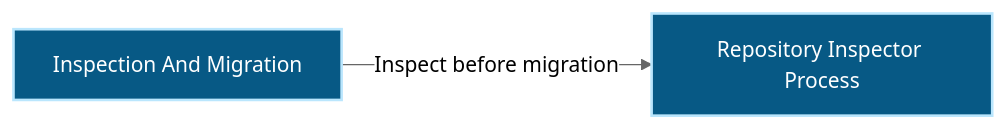
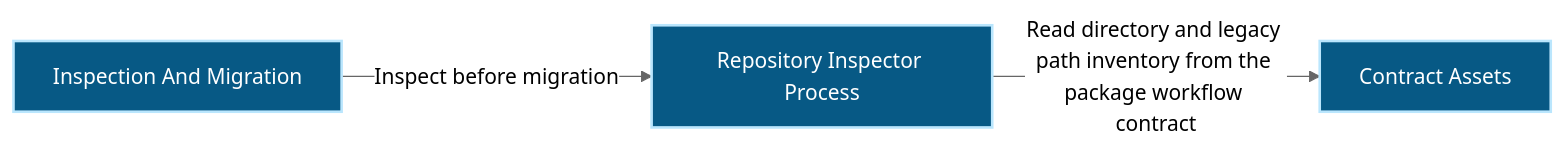
The first of 2 diagrams in docs/architecture/modules/workflow-engine/inspection-migration.md (Ancienttwo/repo-harness), drawn with Mermaid (neutral theme) before and after one commit. The commit also changed other lines of this file and 50 other files, not shown here.

First line of the commit message:
arch(workflow-engine): model workflow-state and execution-primitives, decompose contract-assets

````diff
--- a/docs/architecture/modules/workflow-engine/inspection-migration.md
+++ b/docs/architecture/modules/workflow-engine/inspection-migration.md
@@ -15,10 +15,12 @@
 ```mermaid
 flowchart LR
+  p1_capability_workflow_engine_contract_assets_c7ab122d["Contract Assets"]:::component
   p1_capability_workflow_engine_inspection_migration_9879a5f1["Inspection And Migration"]:::component
   p1_component_inspection_migration_primary_98f1224c["Repository Inspector Process"]:::component
   p1_capability_workflow_engine_inspection_migration_9879a5f1 -->|"Inspect before migration"| p1_component_inspection_migration_primary_98f1224c
+  p1_component_inspection_migration_primary_98f1224c -->|"Read directory and legacy path inventory from the package workflow contract"| p1_capability_workflow_engine_contract_assets_c7ab122d
   classDef actor fill:#111827,color:#ffffff,stroke:#f9fafb,stroke-width:2px
   classDef component fill:#075985,color:#ffffff,stroke:#bae6fd,stroke-width:2px
   classDef datastore fill:#3f6212,color:#ffffff,stroke:#d9f99d,stroke-width:2px
   classDef external fill:#7c2d12,color:#ffffff,stroke:#fed7aa,stroke-width:2px
 ```
````
